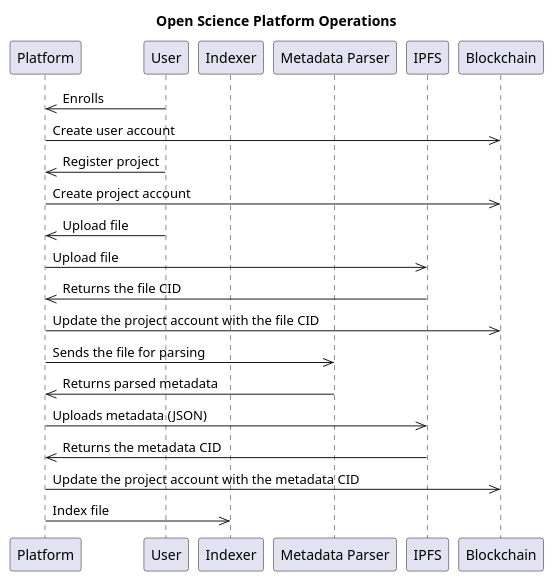
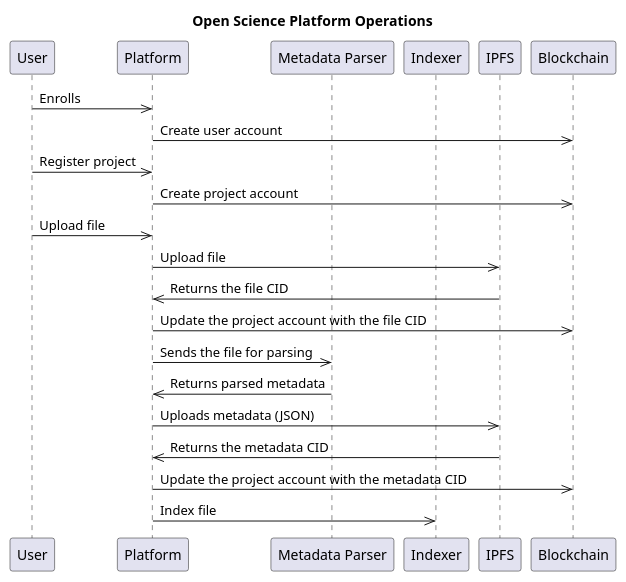
The diagram in diagrams/plantUML/operations_1.wsd (OliveiraEdu/d-OSP), drawn with PlantUML before and after one commit. The commit also changed other lines of this file and 1 other file, not shown here.

```diff
--- a/diagrams/plantUML/operations_1.wsd
+++ b/diagrams/plantUML/operations_1.wsd
@@ -1,28 +1,28 @@
 @startuml
 
 title Open Science Platform Operations
 
+participant User as "User"
 participant Platform as "Platform"
-participant User as "User"
+participant Parser as "Metadata Parser"
 participant Indexer as "Indexer"
-participant Parser as "Metadata Parser"
 participant IPFS as "IPFS"
 participant Blockchain as "Blockchain"
 
 User ->> Platform: Enrolls
 Platform ->> Blockchain: Create user account
 User ->> Platform: Register project
 Platform ->> Blockchain: Create project account
 
 User ->> Platform: Upload file
 Platform ->> IPFS: Upload file
 IPFS ->> Platform: Returns the file CID
 Platform ->> Blockchain: Update the project account with the file CID
 Platform ->> Parser: Sends the file for parsing
 Parser ->> Platform: Returns parsed metadata
 Platform ->> IPFS: Uploads metadata (JSON)
 IPFS ->> Platform: Returns the metadata CID
 Platform ->> Blockchain: Update the project account with the metadata CID
 Platform ->> Indexer: Index file
 
 @enduml
```
